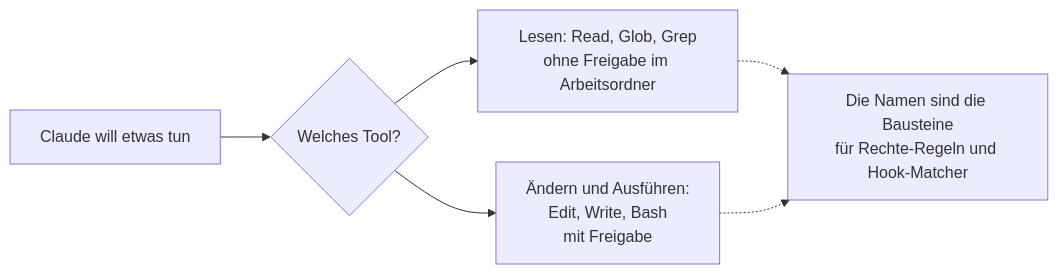
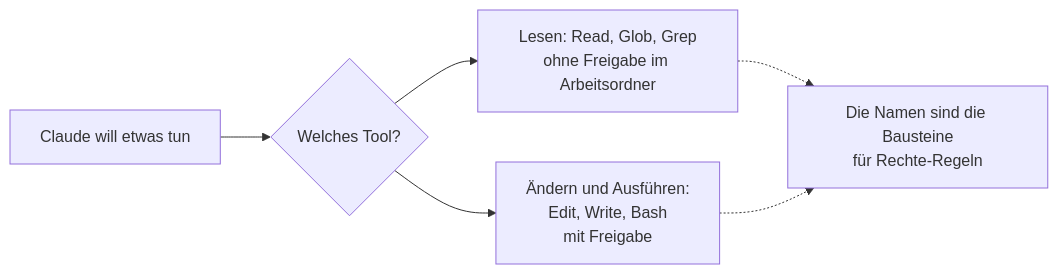
One commit to dynamic-dome/dynamic-workshop changed the diagram in resources/library/s1-04-werkzeuge.md. Above: the diagram before and after it, drawn with Mermaid. The commit also changed other lines of this file and 56 other files, not shown here.

````diff
--- a/resources/library/s1-04-werkzeuge.md
+++ b/resources/library/s1-04-werkzeuge.md
@@ -38,8 +41,8 @@
 ```mermaid
 flowchart LR
   A["Claude will etwas tun"] --> B{"Welches Tool?"}
   B --> L["Lesen: Read, Glob, Grep<br/>ohne Freigabe im Arbeitsordner"]
   B --> W["Ändern und Ausführen:<br/>Edit, Write, Bash<br/>mit Freigabe"]
-  L -.-> N["Die Namen sind die Bausteine<br/>für Rechte-Regeln und Hook-Matcher"]
+  L -.-> N["Die Namen sind die Bausteine<br/>für Rechte-Regeln"]
   W -.-> N
 ```
````
